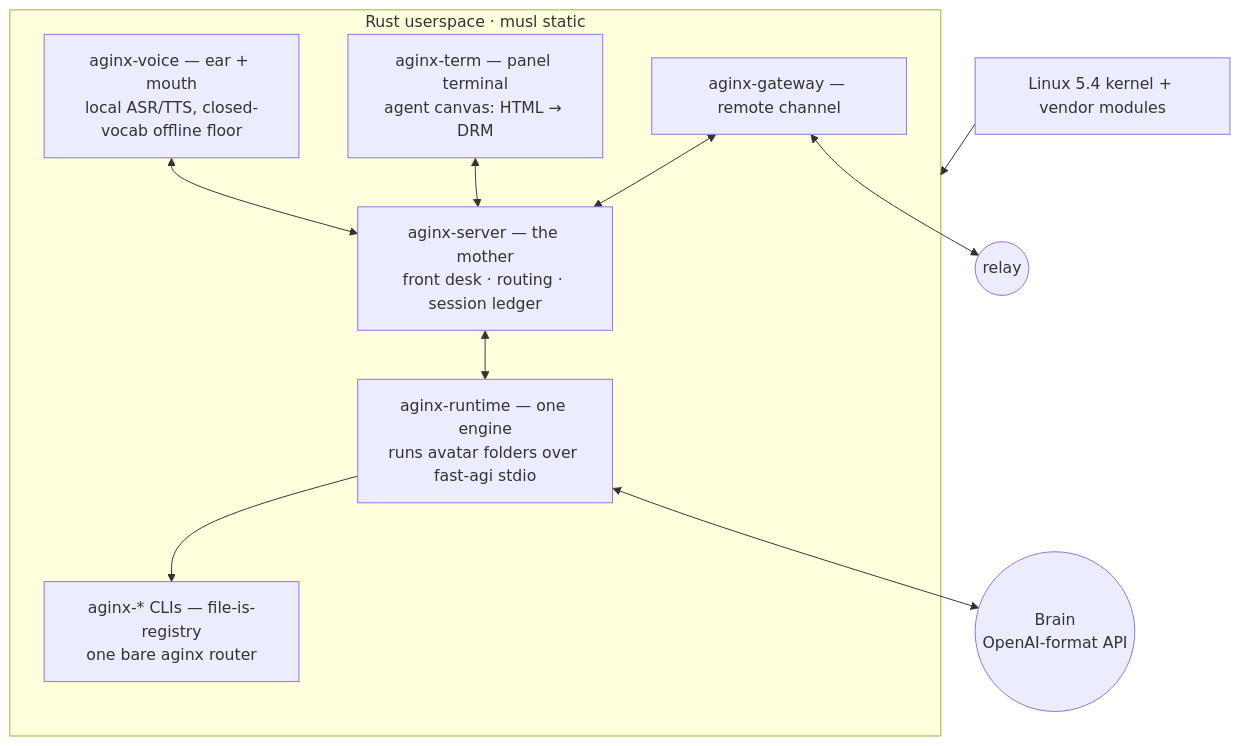
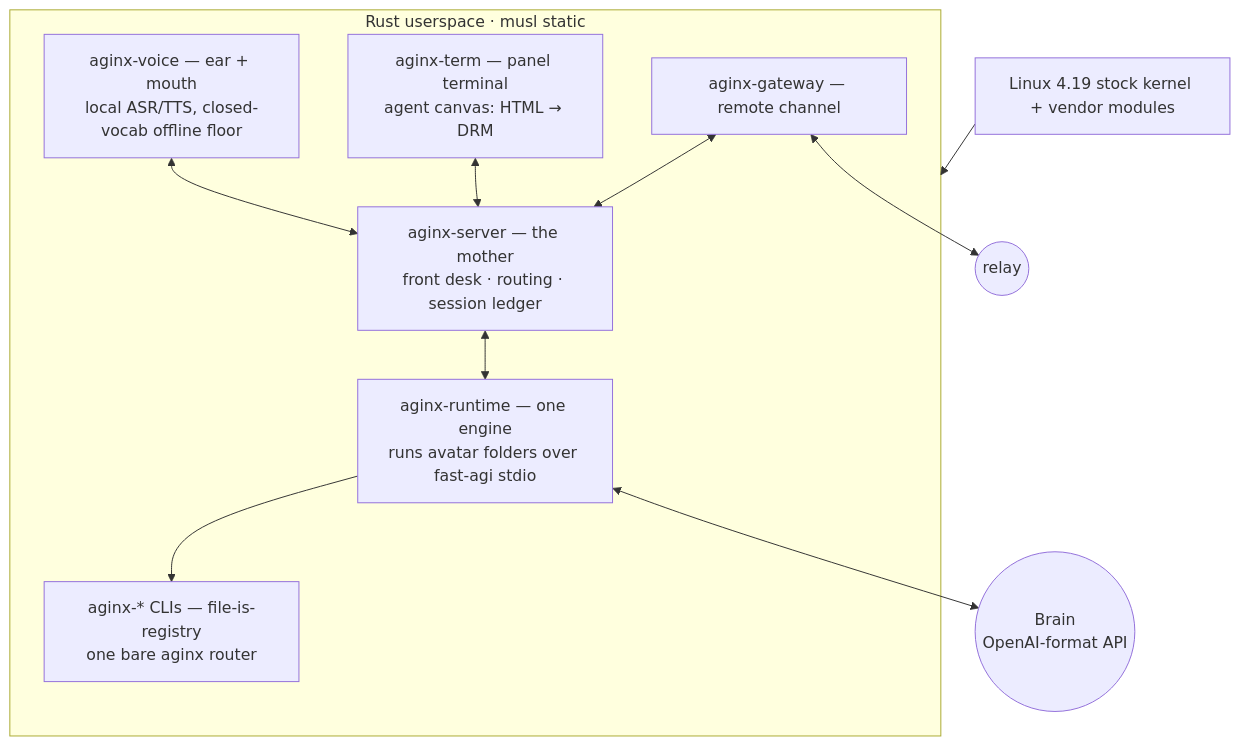
The diagram in README.md (yinnho/aginxos-next), drawn with Mermaid before and after one commit. The commit also changed other lines of this file and 1 other file, not shown here.

````diff
--- a/README.md
+++ b/README.md
@@ -108,22 +127,22 @@
 ```mermaid
 flowchart TB
-    K["Linux 5.4 kernel + vendor modules"]
+    K["Linux 4.19 stock kernel + vendor modules"]
     subgraph U["Rust userspace · musl static"]
         S["aginx-server — the mother<br/>front desk · routing · session ledger"]
         R["aginx-runtime — one engine<br/>runs avatar folders over fast-agi stdio"]
         V["aginx-voice — ear + mouth<br/>local ASR/TTS, closed-vocab offline floor"]
         T["aginx-term — panel terminal<br/>agent canvas: HTML → DRM"]
         C["aginx-* CLIs — file-is-registry<br/>one bare aginx router"]
         G["aginx-gateway — remote channel"]
     end
     B(("Brain<br/>OpenAI-format API"))
     L(("relay"))
     K --> U
     V <--> S
     T <--> S
     S <--> R
     R --> C
     G <--> S
     G <--> L
     R <--> B
 ```
````
